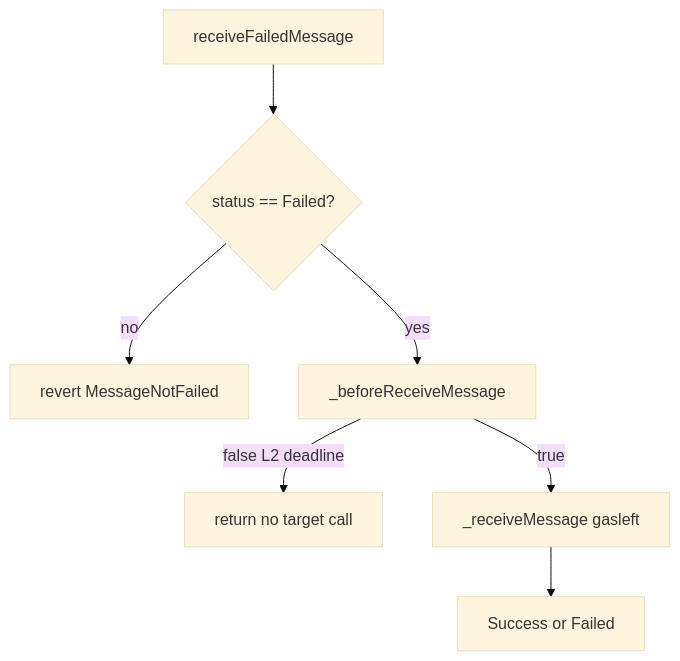
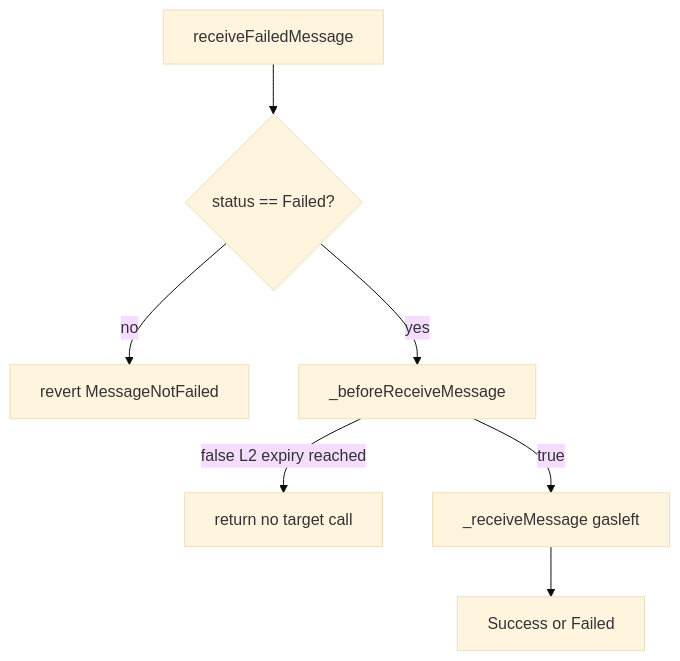
The fifth of 6 diagrams in docs/BridgeFailuresAndRollback.md (fluentlabs-xyz/solidity-contracts), drawn with Mermaid (base theme) before and after one commit. The commit also changed other lines of this file and 22 other files, not shown here.

````diff
--- a/docs/BridgeFailuresAndRollback.md
+++ b/docs/BridgeFailuresAndRollback.md
@@ -153,9 +153,9 @@
 ```mermaid
 flowchart TD
     A[receiveFailedMessage] --> B{status == Failed?}
     B -->|no| R1[revert MessageNotFailed]
     B -->|yes| C[_beforeReceiveMessage]
-    C -->|false L2 deadline| R2[return no target call]
+    C -->|false L2 expiry reached| R2[return no target call]
     C -->|true| D[_receiveMessage gasleft]
     D --> E[Success or Failed]
 ```
````
